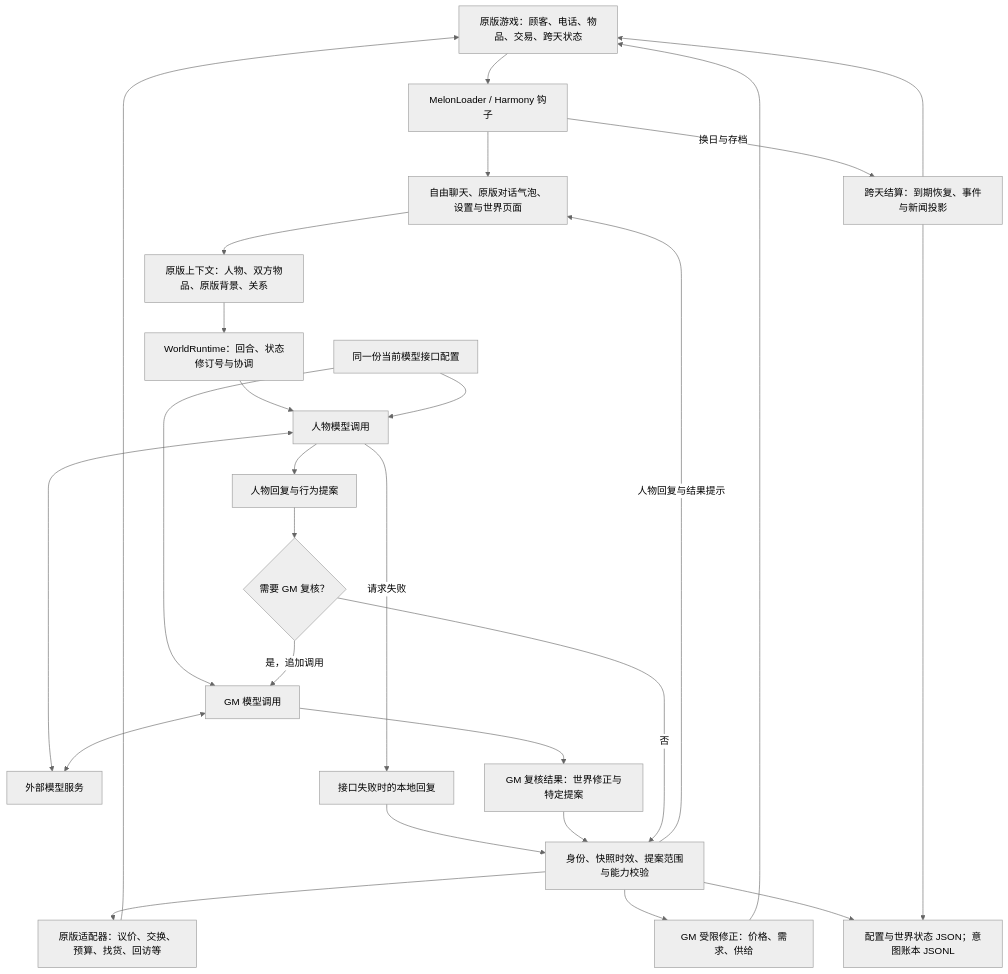
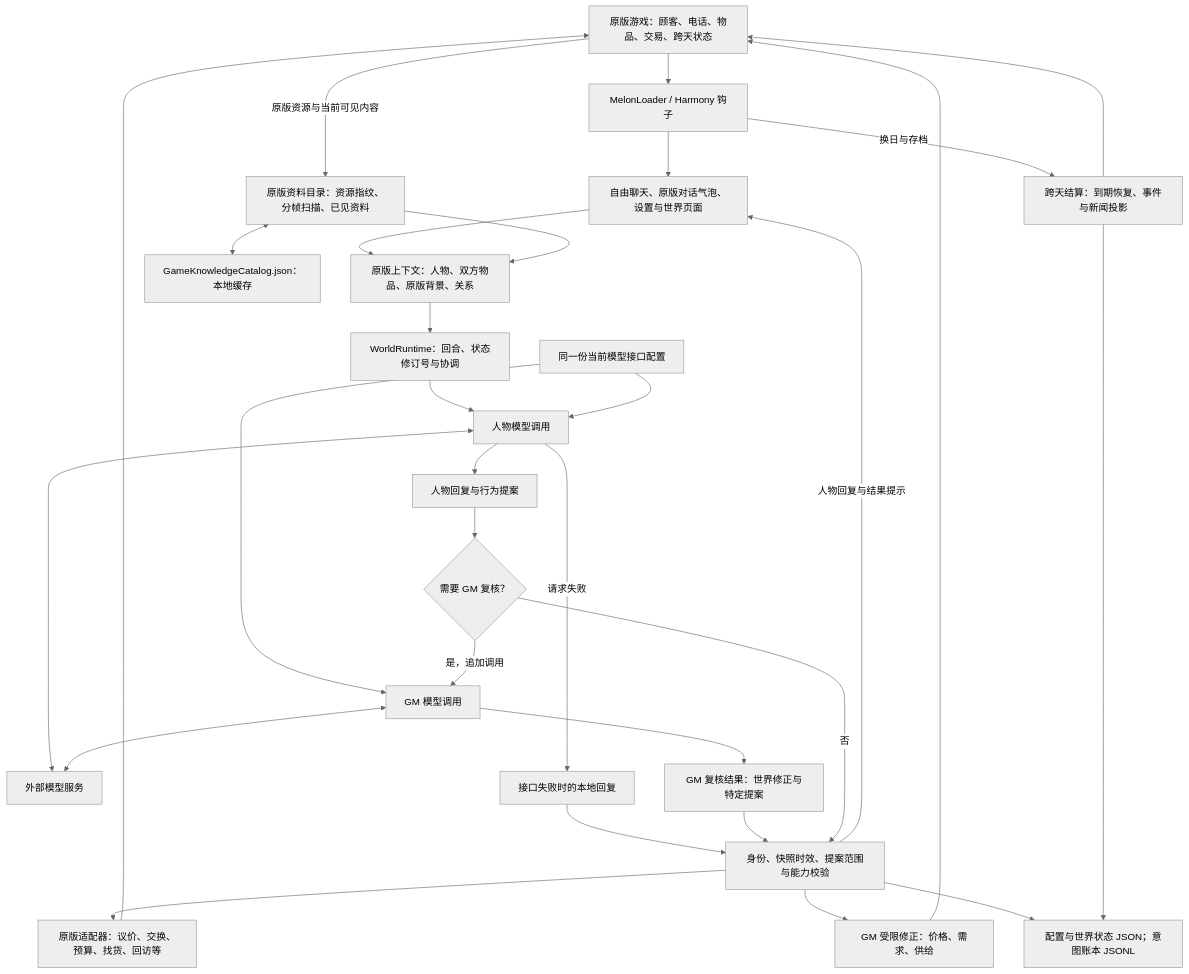
The diagram in docs/Architecture_zh-CN.md (Codesoulme/shenkongdangpuMOD), drawn with Mermaid (neutral theme) before and after one commit. The commit also changed other lines of this file and 12 other files, not shown here.

Commit message:
Auto-index original game knowledge with versioned cache

````diff
--- a/docs/Architecture_zh-CN.md
+++ b/docs/Architecture_zh-CN.md
@@ -5,38 +5,42 @@
 ```mermaid
 flowchart TD
     GAME["原版游戏：顾客、电话、物品、交易、跨天状态"]
     HOOK["MelonLoader / Harmony 钩子"]
     UI["自由聊天、原版对话气泡、设置与世界页面"]
     CONTEXT["原版上下文：人物、双方物品、原版背景、关系"]
+    INDEX["原版资料目录：资源指纹、分帧扫描、已见资料"]
+    CACHE["GameKnowledgeCatalog.json：本地缓存"]
     RUNTIME["WorldRuntime：回合、状态修订号与协调"]
     PROFILE["同一份当前模型接口配置"]
     PERSON_CALL["人物模型调用"]
     GM_CALL["GM 模型调用"]
     MODEL["外部模型服务"]
     CHARACTER["人物回复与行为提案"]
     DECISION{"需要 GM 复核？"}
     GM["GM 复核结果：世界修正与特定提案"]
     FALLBACK["接口失败时的本地回复"]
     CHECK["身份、快照时效、提案范围与能力校验"]
     ADAPTER["原版适配器：议价、交换、预算、找货、回访等"]
     WORLD["GM 受限修正：价格、需求、供给"]
     STORE["配置与世界状态 JSON；意图账本 JSONL"]
     DAY["跨天结算：到期恢复、事件与新闻投影"]
 
     GAME --> HOOK --> UI --> CONTEXT --> RUNTIME
+    GAME -- 原版资源与当前可见内容 --> INDEX --> CONTEXT
+    INDEX <--> CACHE
     RUNTIME --> PERSON_CALL
     PROFILE --> PERSON_CALL
     PROFILE --> GM_CALL
     PERSON_CALL <--> MODEL
     GM_CALL <--> MODEL
     PERSON_CALL --> CHARACTER --> DECISION
     PERSON_CALL -- 请求失败 --> FALLBACK --> CHECK
     DECISION -- 是，追加调用 --> GM_CALL --> GM --> CHECK
     DECISION -- 否 --> CHECK
     CHECK --> ADAPTER --> GAME
     CHECK --> WORLD --> GAME
     CHECK --> STORE
     HOOK -- 换日与存档 --> DAY --> STORE
     DAY --> GAME
     CHECK -- 人物回复与结果提示 --> UI
 ```
````
